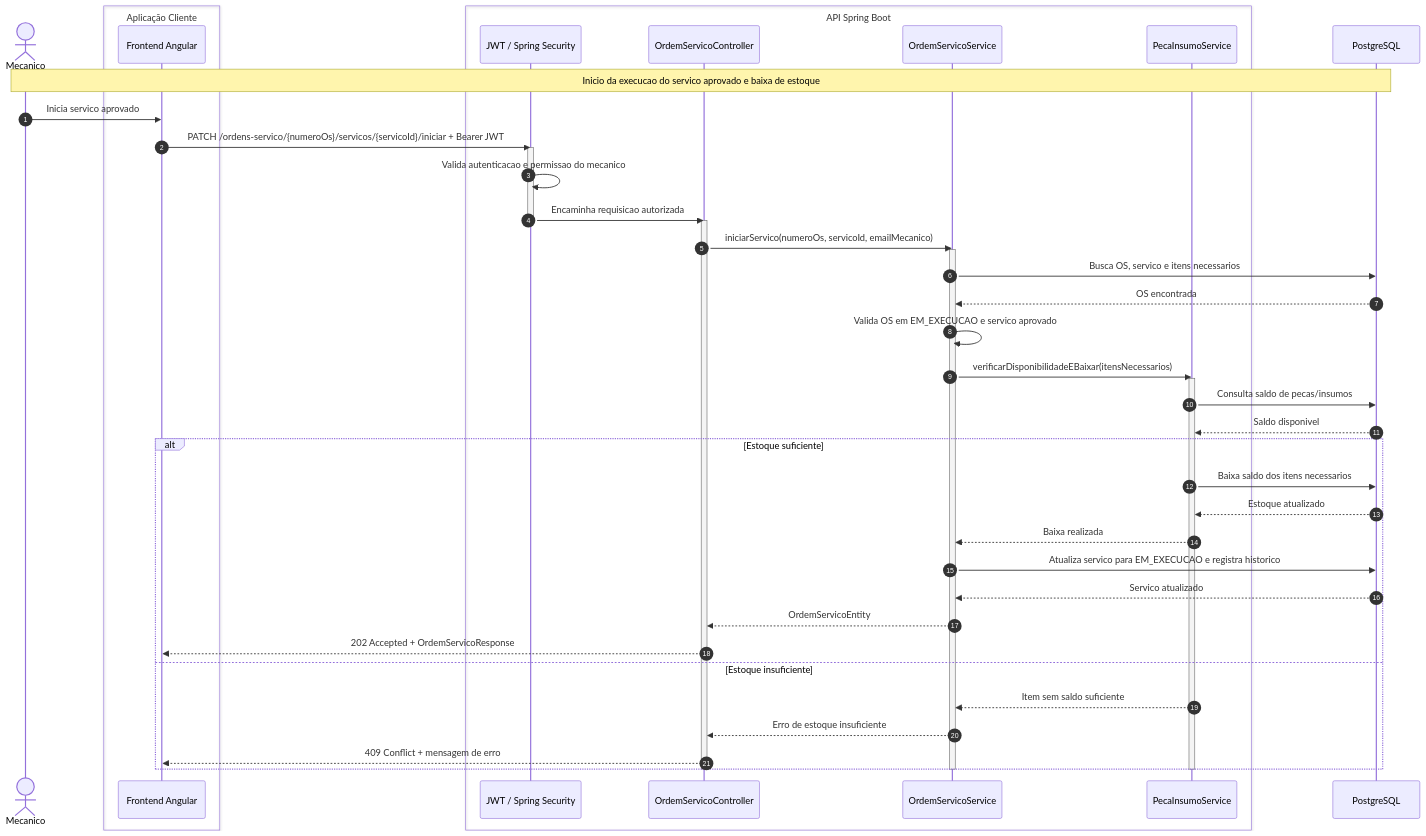
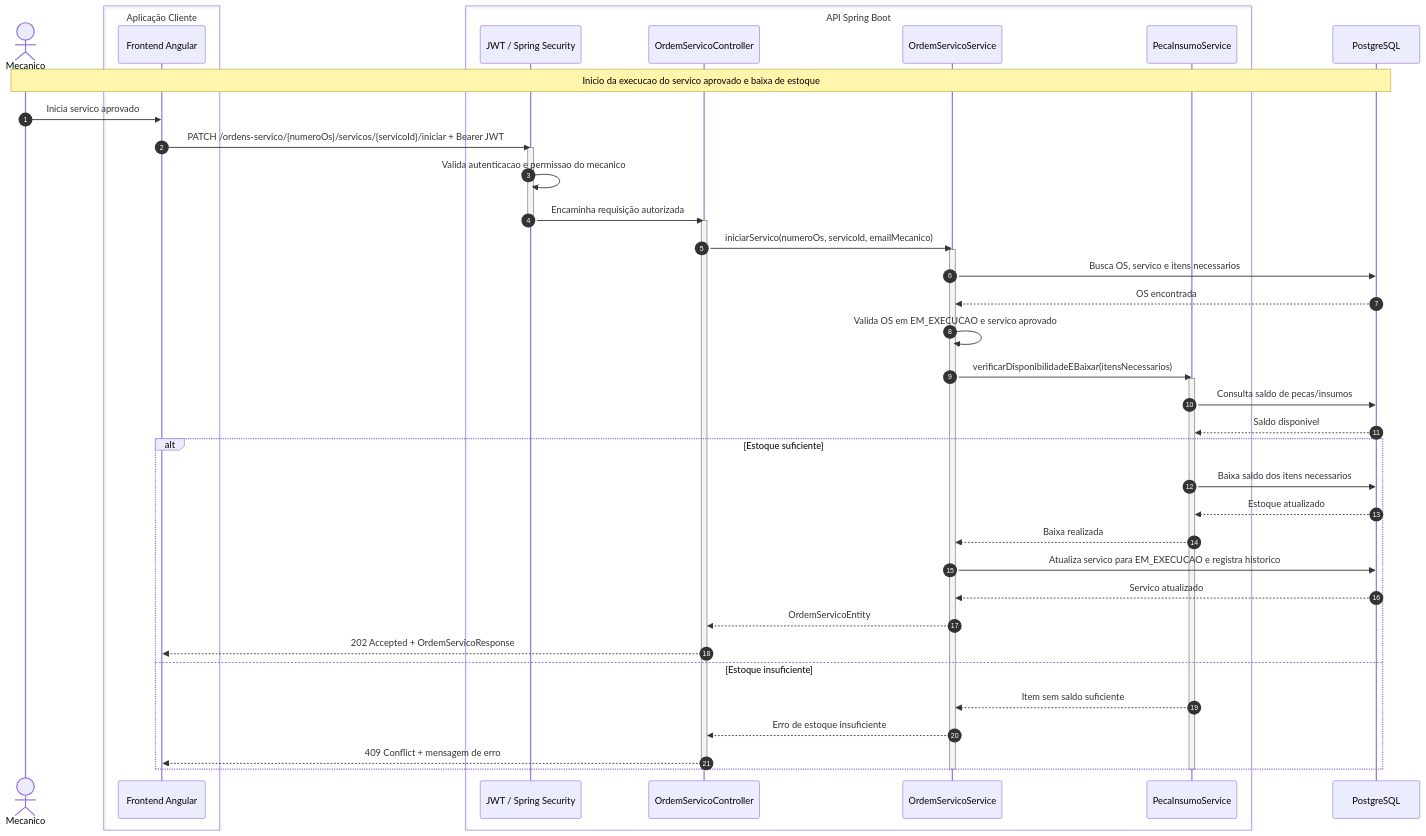
One commit to BrunoSousa06/autoflow changed the diagram in docs/diagramas-sequencia/inicio_servico_baixa_estoque.mermaid. Above: the diagram before and after it, drawn with Mermaid. The commit also changed 5 other files, not shown here.

First line of the commit message:
fix: Corrigir acentuação de "requisição" em diagramas e requisitos não funcionais

```diff
--- a/docs/diagramas-sequencia/inicio_servico_baixa_estoque.mermaid
+++ b/docs/diagramas-sequencia/inicio_servico_baixa_estoque.mermaid
@@ -1,62 +1,62 @@
 sequenceDiagram
     autonumber
 
     actor Mecanico
 
     box Aplicação Cliente
         participant Frontend as Frontend Angular
     end
 
     box API Spring Boot
         participant Security as JWT / Spring Security
         participant OSController as OrdemServicoController
         participant OSService as OrdemServicoService
         participant Estoque as PecaInsumoService
     end
 
     participant DB as PostgreSQL
 
     Note over Mecanico,DB: Inicio da execucao do servico aprovado e baixa de estoque
 
     Mecanico->>Frontend: Inicia servico aprovado
     Frontend->>Security: PATCH /ordens-servico/{numeroOs}/servicos/{servicoId}/iniciar + Bearer JWT
 
     activate Security
     Security->>Security: Valida autenticacao e permissao do mecanico
-    Security->>OSController: Encaminha requisicao autorizada
+    Security->>OSController: Encaminha requisição autorizada
     deactivate Security
 
     activate OSController
     OSController->>OSService: iniciarServico(numeroOs, servicoId, emailMecanico)
 
     activate OSService
     OSService->>DB: Busca OS, servico e itens necessarios
     DB-->>OSService: OS encontrada
 
     OSService->>OSService: Valida OS em EM_EXECUCAO e servico aprovado
 
     OSService->>Estoque: verificarDisponibilidadeEBaixar(itensNecessarios)
     activate Estoque
 
     Estoque->>DB: Consulta saldo de pecas/insumos
     DB-->>Estoque: Saldo disponivel
 
     alt Estoque suficiente
         Estoque->>DB: Baixa saldo dos itens necessarios
         DB-->>Estoque: Estoque atualizado
         Estoque-->>OSService: Baixa realizada
 
         OSService->>DB: Atualiza servico para EM_EXECUCAO e registra historico
         DB-->>OSService: Servico atualizado
 
         OSService-->>OSController: OrdemServicoEntity
         OSController-->>Frontend: 202 Accepted + OrdemServicoResponse
     else Estoque insuficiente
         Estoque-->>OSService: Item sem saldo suficiente
         OSService-->>OSController: Erro de estoque insuficiente
         OSController-->>Frontend: 409 Conflict + mensagem de erro
     end
 
     deactivate Estoque
     deactivate OSService
     deactivate OSController
```
